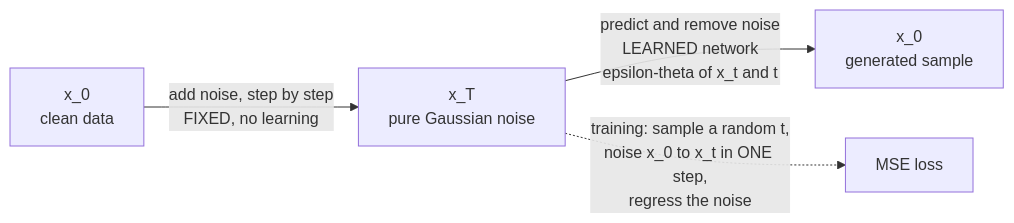
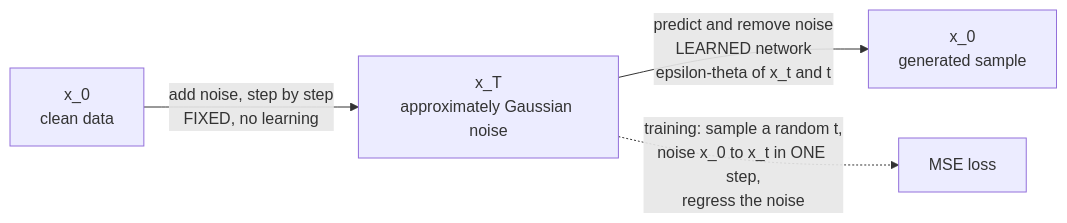
Before and after one commit to alliedbrother/ml-interview-notes: the second of 2 diagrams in content/notes/deep-learning/generative-models.md, drawn with Mermaid. The commit also changed other lines of this file and 217 other files, not shown here.

````diff
--- a/content/notes/deep-learning/generative-models.md
+++ b/content/notes/deep-learning/generative-models.md
@@ -242,6 +261,6 @@
 ```mermaid
 flowchart LR
-    X0["x_0<br/>clean data"] -->|"add noise, step by step<br/>FIXED, no learning"| XT["x_T<br/>pure Gaussian noise"]
+    X0["x_0<br/>clean data"] -->|"add noise, step by step<br/>FIXED, no learning"| XT["x_T<br/>approximately Gaussian noise"]
     XT -->|"predict and remove noise<br/>LEARNED network<br/>epsilon-theta of x_t and t"| X0B["x_0<br/>generated sample"]
     XT -.->|"training: sample a random t,<br/>noise x_0 to x_t in ONE step,<br/>regress the noise"| TRAIN["MSE loss"]
 ```
````
